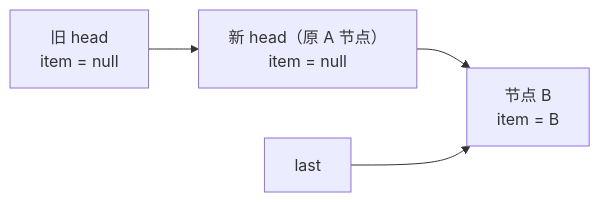
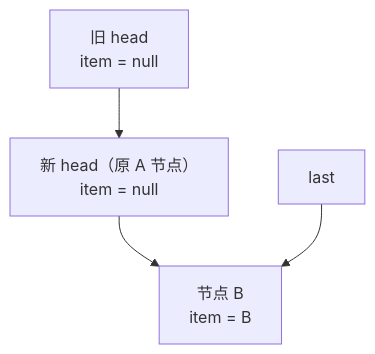
One commit to rebibabo/rebibabo.github.io changed diagram 12 of 19 in source/_posts/concurrency/23-BlockingQueue 如何协调生产者和消费者.md. Above: the diagram before and after it, drawn with Mermaid. The commit also changed 2 other files, not shown here.

Commit message:
vault backup: 2026-07-07 00:27:47

````diff
--- a/source/_posts/concurrency/23-BlockingQueue 如何协调生产者和消费者.md
+++ b/source/_posts/concurrency/23-BlockingQueue 如何协调生产者和消费者.md
@@ -213,5 +213,5 @@
 ```mermaid
-flowchart LR
+flowchart TD
     oldHead["旧 head<br>item = null"] --> newHead["新 head（原 A 节点）<br>item = null"] --> b["节点 B<br>item = B"]
     last["last"] --> b
 ```
````
